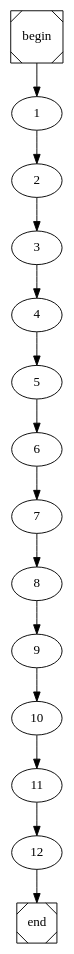
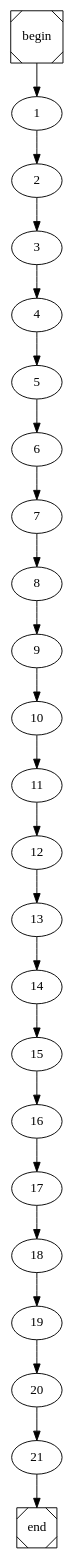
The diagram in sum.dot (arubenruben/JMM-Compiler), drawn with Graphviz before and after one commit. The commit also changed 3 other files, not shown here.

```diff
--- a/sum.dot
+++ b/sum.dot
@@ -1,4 +1,4 @@
 digraph cfg {
 	begin [shape=Msquare];
 	end [shape=Msquare];
-	begin -> 1;	1 -> 2;	2 -> 3;	3 -> 4;	4 -> 5;	5 -> 6;	6 -> 7;	7 -> 8;	8 -> 9;	9 -> 10;	10 -> 11;	11 -> 12;	12 -> end;}
+	begin -> 1;	1 -> 2;	2 -> 3;	3 -> 4;	4 -> 5;	5 -> 6;	6 -> 7;	7 -> 8;	8 -> 9;	9 -> 10;	10 -> 11;	11 -> 12;	12 -> 13;	13 -> 14;	14 -> 15;	15 -> 16;	16 -> 17;	17 -> 18;	18 -> 19;	19 -> 20;	20 -> 21;	21 -> end;}
```
